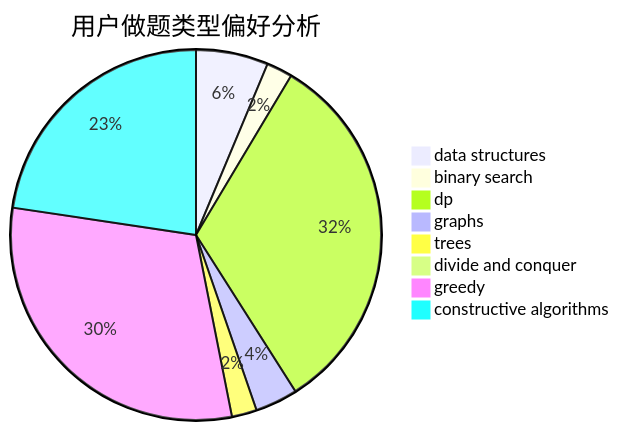
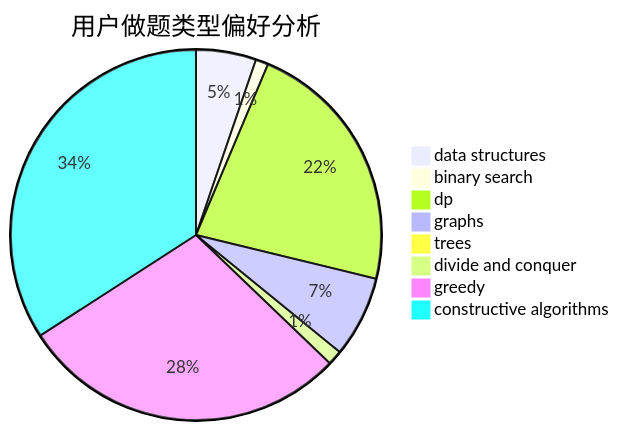
The second of 3 diagrams in docs/user/u2169.md (sherpahu/cfrs.github.io), drawn with Mermaid before and after one commit. The commit also changed other lines of this file and 2770 other files, not shown here.

````diff
--- a/docs/user/u2169.md
+++ b/docs/user/u2169.md
@@ -23,11 +23,11 @@
 ```mermaid
 pie title 用户做题类型偏好分析
-    "data structures" :  78
-    "binary search" :  28
-    "dp" :  401
-    "graphs" :  46
-    "trees" :  27
-    "divide and conquer" :  0
-    "greedy" :  377
-    "constructive algorithms" :  280
+    "data structures" :  57
+    "binary search" :  12
+    "dp" :  244
+    "graphs" :  77
+    "trees" :  10
+    "divide and conquer" :  14
+    "greedy" :  312
+    "constructive algorithms" :  371
 ```
````
